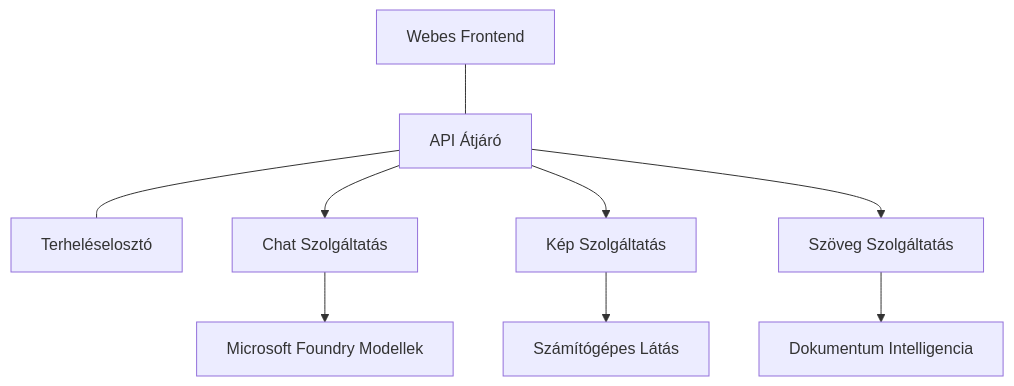
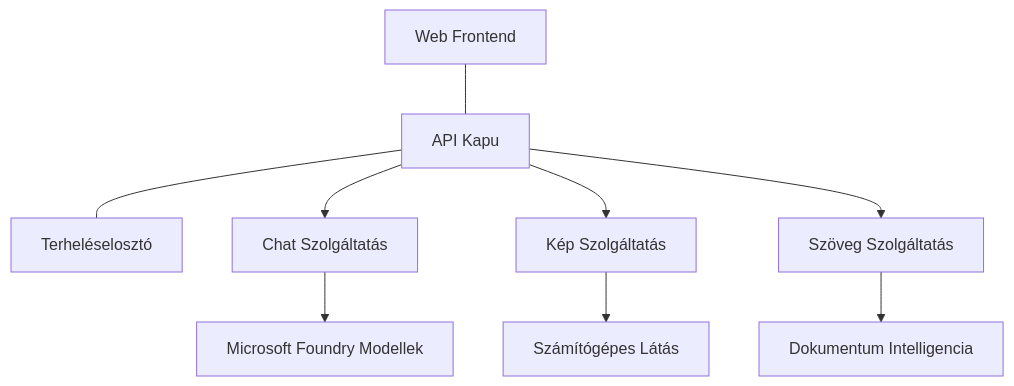
Before and after one commit to microsoft/AZD-for-beginners: the diagram in translations/hu/docs/chapter-08-production/production-ai-practices.md, drawn with Mermaid. The commit also changed other lines of this file and 104 other files, not shown here.

````diff
--- a/translations/hu/docs/chapter-08-production/production-ai-practices.md
+++ b/translations/hu/docs/chapter-08-production/production-ai-practices.md
@@ -30,10 +30,10 @@
 ```mermaid
 graph TD
-    Frontend[Webes Frontend] --- Gateway[API Átjáró] --- LB[Terheléselosztó]
+    Frontend[Web Frontend] --- Gateway[API Kapu] --- LB[Terheléselosztó]
     Gateway --> Chat[Chat Szolgáltatás]
     Gateway --> Image[Kép Szolgáltatás]
     Gateway --> Text[Szöveg Szolgáltatás]
     Chat --> OpenAI[Microsoft Foundry Modellek]
     Image --> Vision[Számítógépes Látás]
     Text --> DocIntel[Dokumentum Intelligencia]
 ```
````
